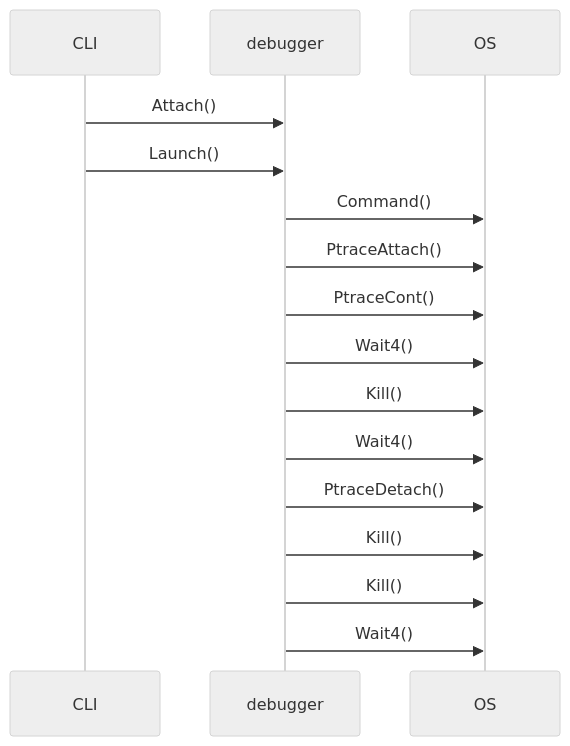
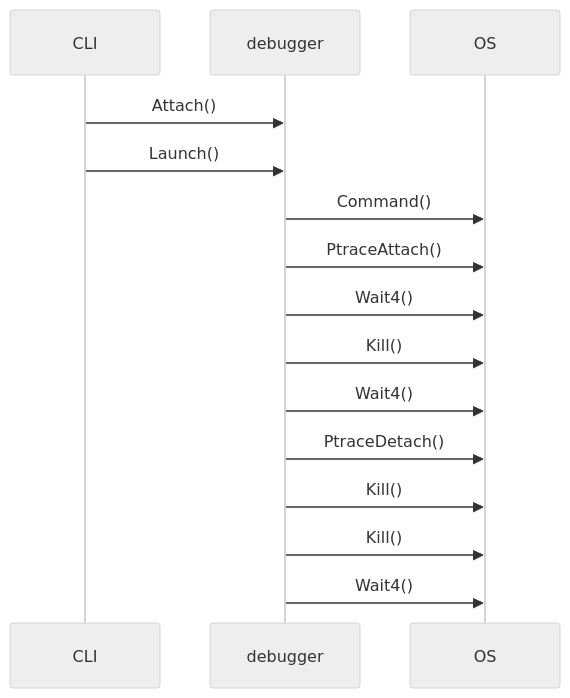
The diagram in docs/code-flow.mmd (stevanovicmarko/x86-64-toy-debugger), drawn with Mermaid (neutral theme) before and after one commit. The commit also changed 9 other files, not shown here.

```diff
--- a/docs/code-flow.mmd
+++ b/docs/code-flow.mmd
@@ -1,17 +1,16 @@
 sequenceDiagram
     participant CLI
     participant debugger
     participant OS
 
     CLI->>debugger: Attach()
     CLI->>debugger: Launch()
     debugger->>OS: Command()
     debugger->>OS: PtraceAttach()
-    debugger->>OS: PtraceCont()
     debugger->>OS: Wait4()
     debugger->>OS: Kill()
     debugger->>OS: Wait4()
     debugger->>OS: PtraceDetach()
     debugger->>OS: Kill()
     debugger->>OS: Kill()
     debugger->>OS: Wait4()
```
